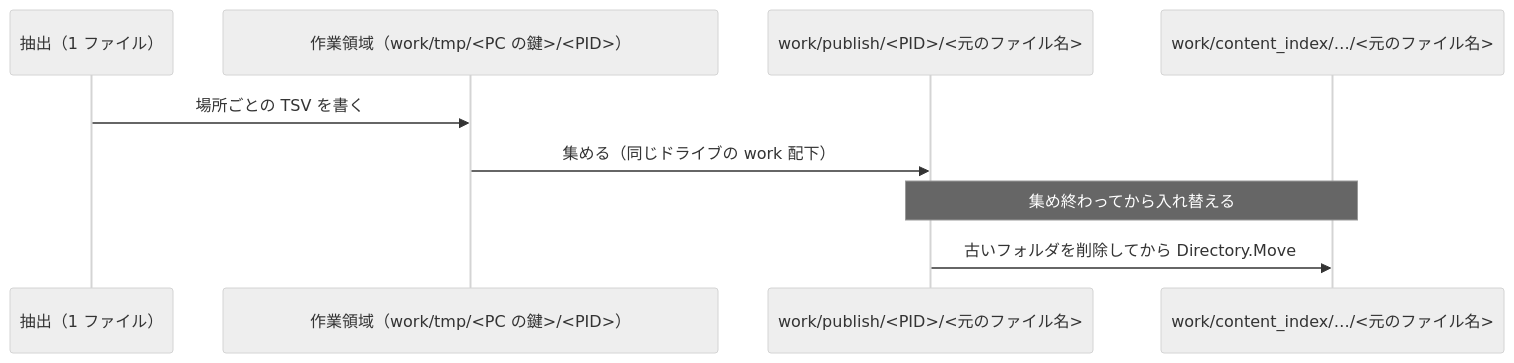
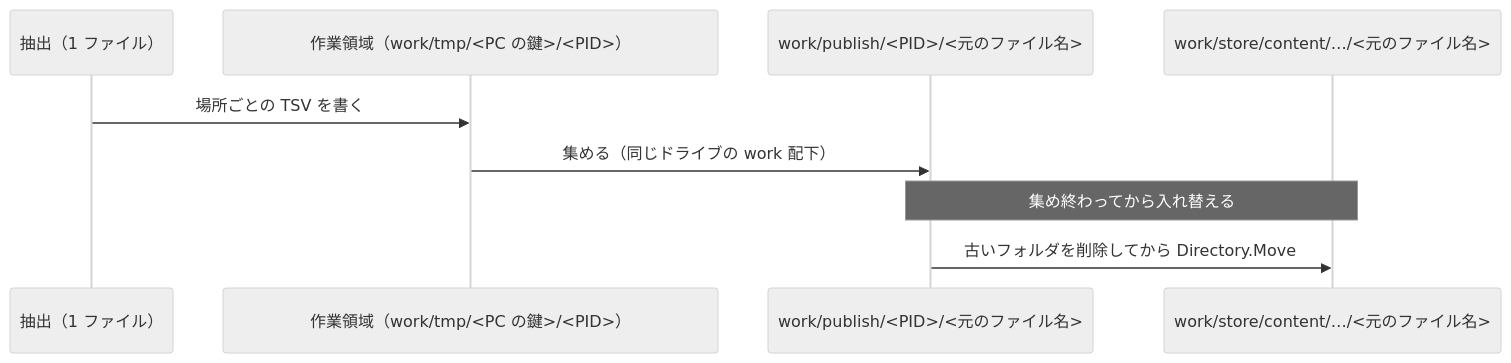
The first of 3 diagrams in docs/design/index-data/publish.md (hsgwa/tebunko), drawn with Mermaid (neutral theme) before and after one commit. The commit also changed other lines of this file and 118 other files, not shown here.

````diff
--- a/docs/design/index-data/publish.md
+++ b/docs/design/index-data/publish.md
@@ -9,12 +9,12 @@
 ```mermaid
 sequenceDiagram
     participant EX as 抽出（1 ファイル）
     participant TMP as 作業領域（work/tmp/#lt;PC の鍵#gt;/#lt;PID#gt;）
     participant OUT as work/publish/<PID>/<元のファイル名>
-    participant IDX as work/content_index/…/<元のファイル名>
+    participant IDX as work/store/content/…/<元のファイル名>
 
     EX->>TMP: 場所ごとの TSV を書く
     TMP->>OUT: 集める（同じドライブの work 配下）
     Note over OUT,IDX: 集め終わってから入れ替える
     OUT->>IDX: 古いフォルダを削除してから Directory.Move
 ```
````
